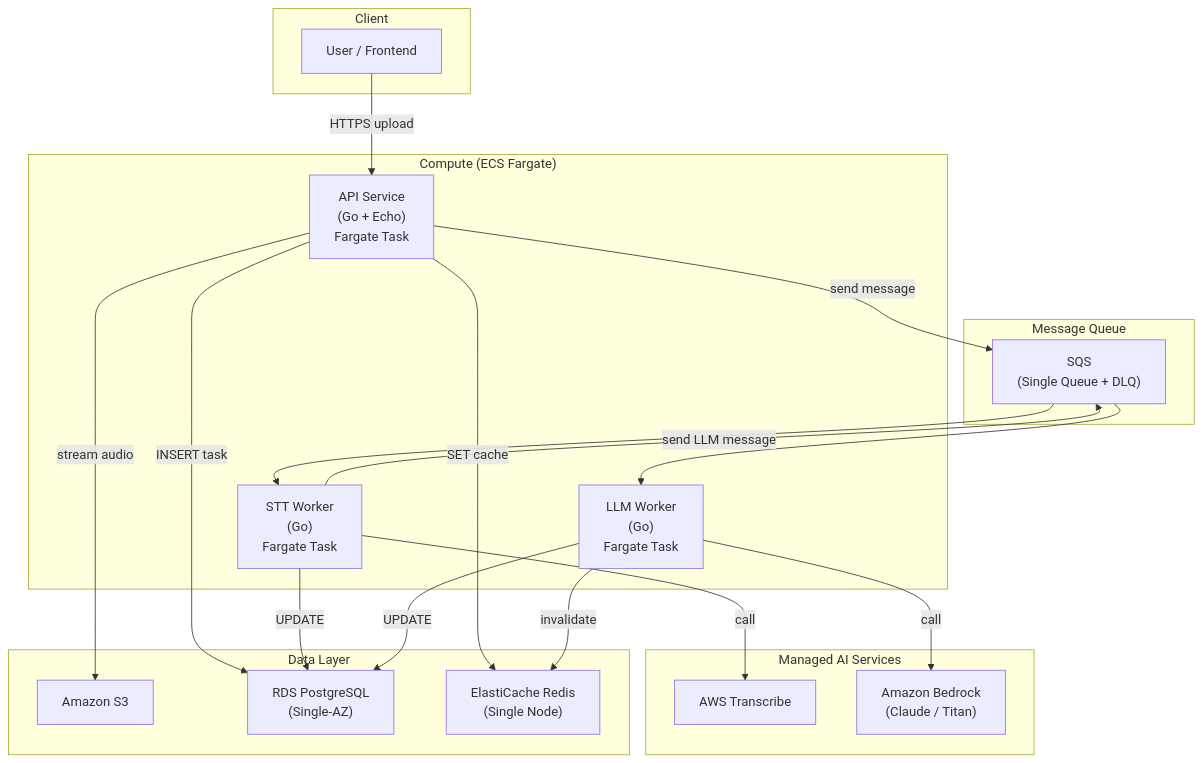
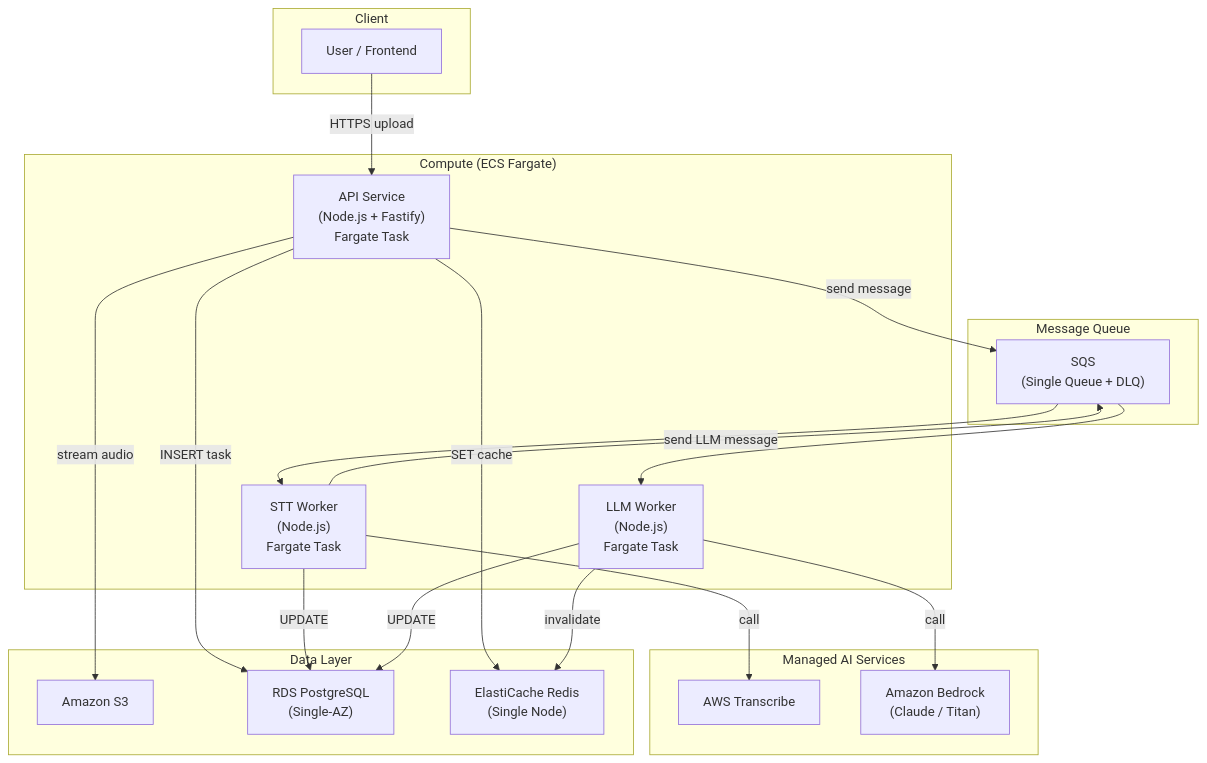
One commit to m24927605/system-architecture-design changed the first of 12 diagrams in ARCHITECTURE.md. Above: the diagram before and after it, drawn with Mermaid. The commit also changed other lines of this file and 3 other files, not shown here.

Commit message:
Update MVP stack to Node.js and Fastify

````diff
--- a/ARCHITECTURE.md
+++ b/ARCHITECTURE.md
@@ -44,43 +44,43 @@
 ```mermaid
 graph TB
     subgraph Client
         User["User / Frontend"]
     end
 
     subgraph Compute["Compute (ECS Fargate)"]
-        API["API Service<br/>(Go + Echo)<br/>Fargate Task"]
-        STTW["STT Worker<br/>(Go)<br/>Fargate Task"]
-        LLMW["LLM Worker<br/>(Go)<br/>Fargate Task"]
+        API["API Service<br/>(Node.js + Fastify)<br/>Fargate Task"]
+        STTW["STT Worker<br/>(Node.js)<br/>Fargate Task"]
+        LLMW["LLM Worker<br/>(Node.js)<br/>Fargate Task"]
     end
 
     subgraph ManagedAI["Managed AI Services"]
         Transcribe["AWS Transcribe"]
         Bedrock["Amazon Bedrock<br/>(Claude / Titan)"]
     end
 
     subgraph Queue["Message Queue"]
         SQS["SQS<br/>(Single Queue + DLQ)"]
     end
 
     subgraph DataLayer["Data Layer"]
         S3["Amazon S3"]
         RDS["RDS PostgreSQL<br/>(Single-AZ)"]
         Redis["ElastiCache Redis<br/>(Single Node)"]
     end
 
     User -->|HTTPS upload| API
     API -->|stream audio| S3
     API -->|INSERT task| RDS
     API -->|SET cache| Redis
     API -->|send message| SQS
 
     SQS --> STTW
     STTW -->|call| Transcribe
     STTW -->|UPDATE| RDS
     STTW -->|send LLM message| SQS
 
     SQS --> LLMW
     LLMW -->|call| Bedrock
     LLMW -->|UPDATE| RDS
     LLMW -->|invalidate| Redis
 ```
````
